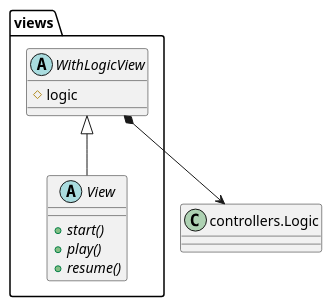
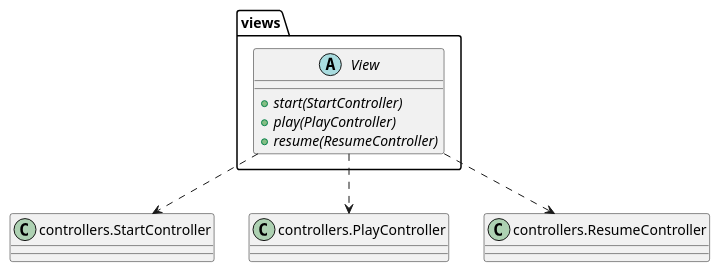
One commit to js-rom/connect4 changed the diagram in connect4/Docs/diagrams/src/packages/connect4.connect4.views.plantuml. Above: the diagram before and after it, drawn with PlantUML. The commit also changed 5 other files, not shown here.

```diff
--- a/connect4/Docs/diagrams/src/packages/connect4.connect4.views.plantuml
+++ b/connect4/Docs/diagrams/src/packages/connect4.connect4.views.plantuml
@@ -1,17 +1,18 @@
 @startuml connect4.connect4.views
 
-abstract class views.WithLogicView
+
 abstract class views.View
-class Logic as "controllers.Logic"
+class StartController as "controllers.StartController"
+class PlayController as "controllers.PlayController"
+class ResumeController as "controllers.ResumeController"
 
-WithLogicView *--> Logic
-WithLogicView <|-- View
+View : {abstract} +start(StartController)
+View : {abstract} +play(PlayController)
+View : {abstract} +resume(ResumeController)
 
-WithLogicView : #logic
-
-View : {abstract} +start()
-View : {abstract} +play()
-View : {abstract} +resume()
+View ..> StartController
+View ..> PlayController
+View ..> ResumeController
 
 
 @enduml
```
